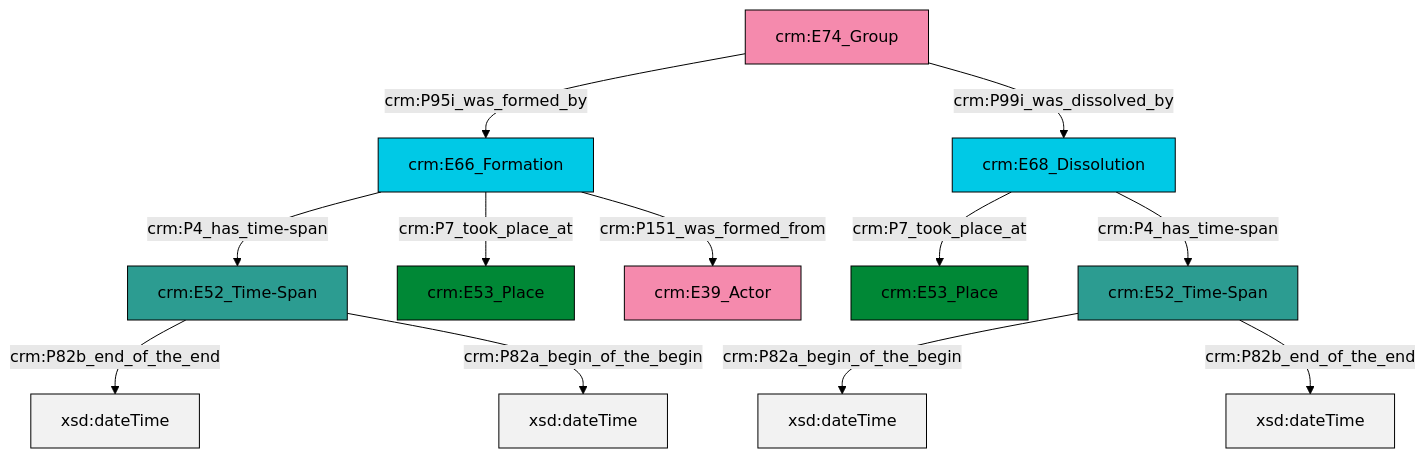
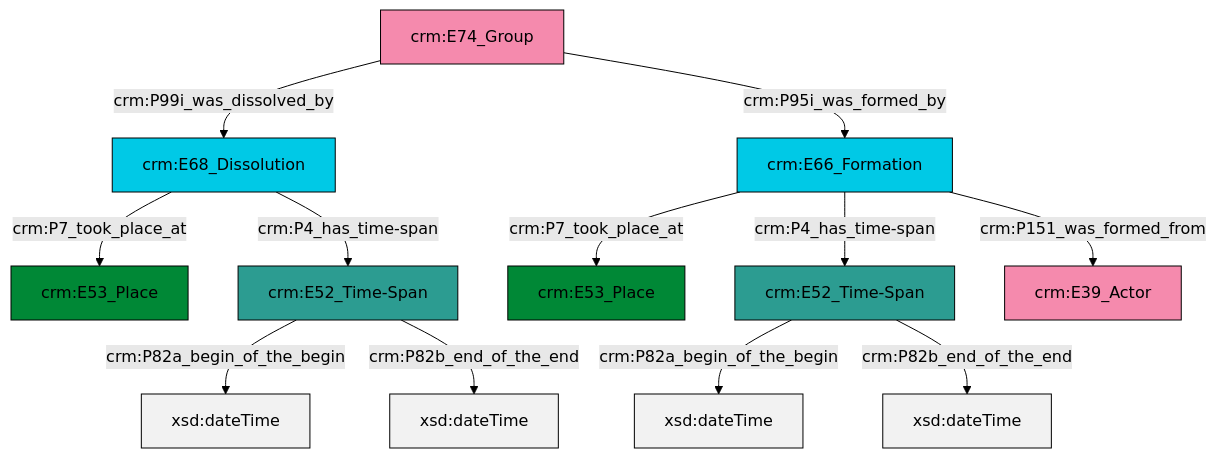
One commit to swiss-art-research-net/reference-data-models changed the diagram in et/groupCSV/ttl/mmd/group_existence.ttl.mmd. Above: the diagram before and after it, drawn with Mermaid (forest theme). The commit also changed 129 other files, not shown here.

```diff
--- a/et/groupCSV/ttl/mmd/group_existence.ttl.mmd
+++ b/et/groupCSV/ttl/mmd/group_existence.ttl.mmd
@@ -1,26 +1,26 @@
 graph TD
 classDef Literal fill:#f2f2f2,stroke:#000000;
 classDef CRM_Entity fill:#FFFFFF,stroke:#000000;
 classDef Temporal_Entity fill:#00C9E6, stroke:#000000;
 classDef Type fill:#E18312, stroke:#000000;
 classDef Time-Span fill:#2C9C91, stroke:#000000;
 classDef Appellation fill:#FFEB7F, stroke:#000000;
 classDef Place fill:#008836, stroke:#000000;
 classDef Persistent_Item fill:#B266B2, stroke:#000000;
 classDef Conceptual_Object fill:#FFD700, stroke:#000000;
 classDef Physical_Thing fill:#D2B48C, stroke:#000000;
 classDef Actor fill:#f58aad, stroke:#000000;
 classDef PC_Classes fill:#4ce600, stroke:#000000;
 classDef Multi fill:#cccccc,stroke:#000000;
 
-0["crm:E52_Time-Span"]:::Time-Span -->|crm:P82b_end_of_the_end| 1[xsd:dateTime]:::Literal
-0["crm:E52_Time-Span"]:::Time-Span -->|crm:P82a_begin_of_the_begin| 2[xsd:dateTime]:::Literal
-6["crm:E68_Dissolution"]:::Temporal_Entity -->|crm:P7_took_place_at| 8["crm:E53_Place"]:::Place
-9["crm:E66_Formation"]:::Temporal_Entity -->|crm:P4_has_time-span| 0["crm:E52_Time-Span"]:::Time-Span
-9["crm:E66_Formation"]:::Temporal_Entity -->|crm:P7_took_place_at| 13["crm:E53_Place"]:::Place
-14["crm:E52_Time-Span"]:::Time-Span -->|crm:P82a_begin_of_the_begin| 17[xsd:dateTime]:::Literal
-4["crm:E74_Group"]:::Actor -->|crm:P95i_was_formed_by| 9["crm:E66_Formation"]:::Temporal_Entity
-9["crm:E66_Formation"]:::Temporal_Entity -->|crm:P151_was_formed_from| 11["crm:E39_Actor"]:::Actor
-6["crm:E68_Dissolution"]:::Temporal_Entity -->|crm:P4_has_time-span| 14["crm:E52_Time-Span"]:::Time-Span
-14["crm:E52_Time-Span"]:::Time-Span -->|crm:P82b_end_of_the_end| 18[xsd:dateTime]:::Literal
-4["crm:E74_Group"]:::Actor -->|crm:P99i_was_dissolved_by| 6["crm:E68_Dissolution"]:::Temporal_Entity
+0["crm:E52_Time-Span"]:::Time-Span -->|crm:P82a_begin_of_the_begin| 1[xsd:dateTime]:::Literal
+2["crm:E74_Group"]:::Actor -->|crm:P99i_was_dissolved_by| 3["crm:E68_Dissolution"]:::Temporal_Entity
+4["crm:E66_Formation"]:::Temporal_Entity -->|crm:P7_took_place_at| 5["crm:E53_Place"]:::Place
+2["crm:E74_Group"]:::Actor -->|crm:P95i_was_formed_by| 4["crm:E66_Formation"]:::Temporal_Entity
+3["crm:E68_Dissolution"]:::Temporal_Entity -->|crm:P7_took_place_at| 11["crm:E53_Place"]:::Place
+4["crm:E66_Formation"]:::Temporal_Entity -->|crm:P4_has_time-span| 7["crm:E52_Time-Span"]:::Time-Span
+7["crm:E52_Time-Span"]:::Time-Span -->|crm:P82a_begin_of_the_begin| 16[xsd:dateTime]:::Literal
+7["crm:E52_Time-Span"]:::Time-Span -->|crm:P82b_end_of_the_end| 17[xsd:dateTime]:::Literal
+0["crm:E52_Time-Span"]:::Time-Span -->|crm:P82b_end_of_the_end| 19[xsd:dateTime]:::Literal
+3["crm:E68_Dissolution"]:::Temporal_Entity -->|crm:P4_has_time-span| 0["crm:E52_Time-Span"]:::Time-Span
+4["crm:E66_Formation"]:::Temporal_Entity -->|crm:P151_was_formed_from| 13["crm:E39_Actor"]:::Actor
```
